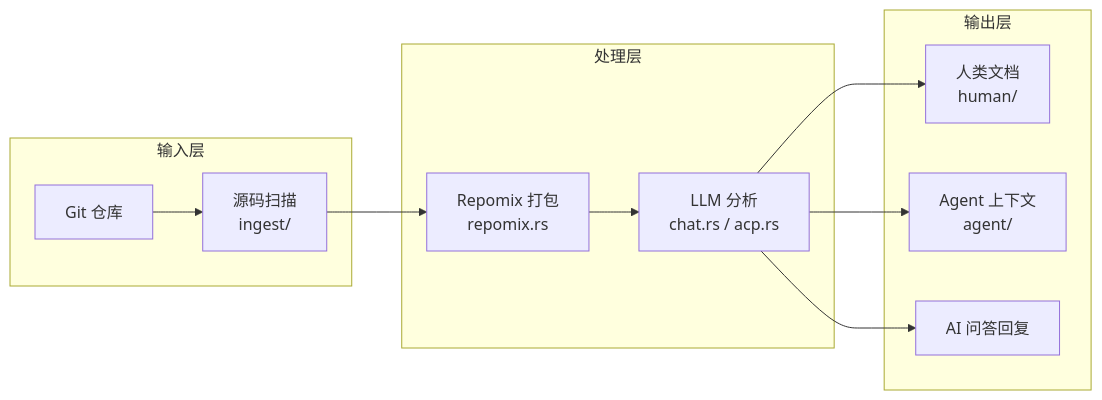
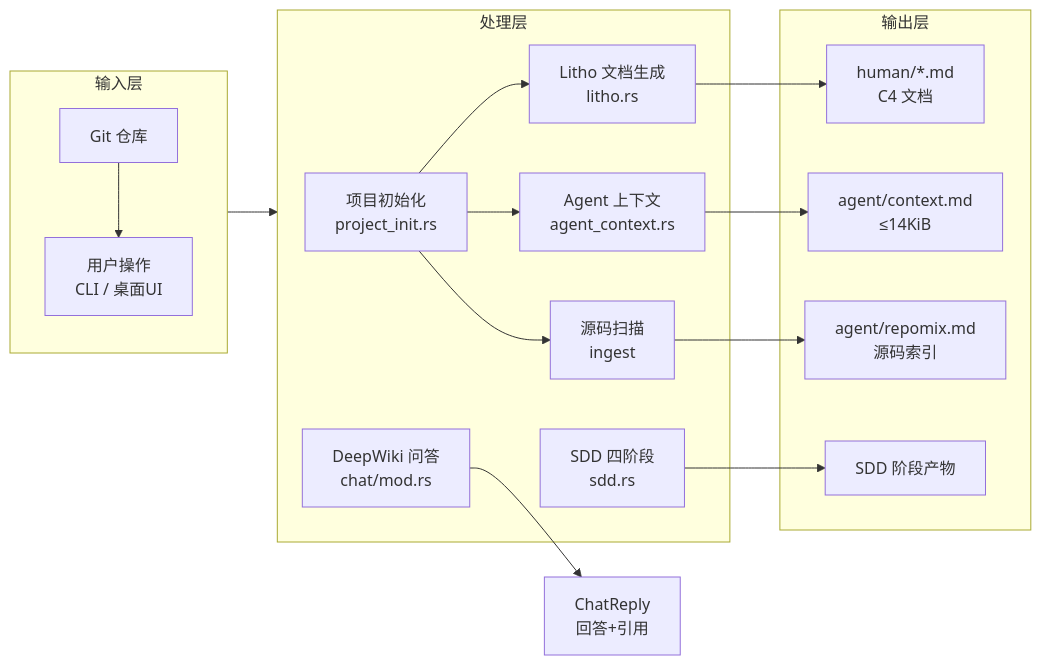
One commit to sopaco/terrain changed the first of 9 diagrams in .terrain/human/3.工作流.md. Above: the diagram before and after it, drawn with Mermaid. The commit also changed other lines of this file and 27 other files, not shown here.

````diff
--- a/.terrain/human/3.工作流.md
+++ b/.terrain/human/3.工作流.md
@@ -13,15 +15,25 @@
 ```mermaid
 flowchart LR
-    subgraph 输入层
-        A["Git 仓库"] --> B["源码扫描<br/>ingest/"]
+    subgraph inputLayer["输入层"]
+        A["Git 仓库"] --> B["用户操作<br/>CLI / 桌面UI"]
     end
-    subgraph 处理层
-        B --> C["Repomix 打包<br/>repomix.rs"]
-        C --> D["LLM 分析<br/>chat.rs / acp.rs"]
+    subgraph processLayer["处理层"]
+        C["项目初始化<br/>project_init.rs"] --> D["源码扫描<br/>ingest"]
+        C --> E["Litho 文档生成<br/>litho.rs"]
+        C --> F["Agent 上下文<br/>agent_context.rs"]
+        G["DeepWiki 问答<br/>chat/mod.rs"]
+        H["SDD 四阶段<br/>sdd.rs"]
     end
-    subgraph 输出层
-        D --> E["人类文档<br/>human/"]
-        D --> F["Agent 上下文<br/>agent/"]
-        D --> G["AI 问答回复"]
+    subgraph outputLayer["输出层"]
+        I["human/*.md<br/>C4 文档"]
+        J["agent/context.md<br/>≤14KiB"]
+        K["agent/repomix.md<br/>源码索引"]
+        L["SDD 阶段产物"]
     end
+    inputLayer --> processLayer
+    D --> K
+    E --> I
+    F --> J
+    G --> M["ChatReply<br/>回答+引用"]
+    H --> L
 ```
````
